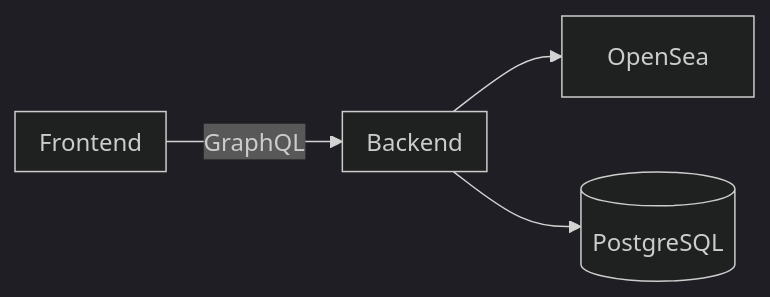
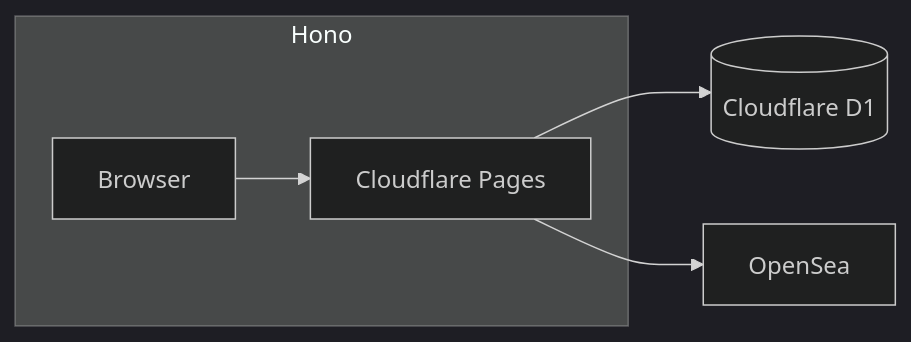
The diagram in README.md (jakelee8/nft-store-demo), drawn with Mermaid (dark theme) before and after one commit. The commit also changed other lines of this file and 51 other files, not shown here.

````diff
--- a/README.md
+++ b/README.md
@@ -34,14 +26,10 @@
 ```mermaid
 flowchart LR
-   subgraph Frontend
-   end
+    subgraph Hono
+        Pages[Cloudflare Pages]
+        Browser --> Pages
+    end
 
-   subgraph Backend
-   end
-
-   DB[(PostgreSQL)]
-
-   OpenSea
-
-   Frontend -- GraphQL --> Backend --> OpenSea & DB
+    DB[(Cloudflare D1)]
+    Pages --> DB & OpenSea
 ```
````
